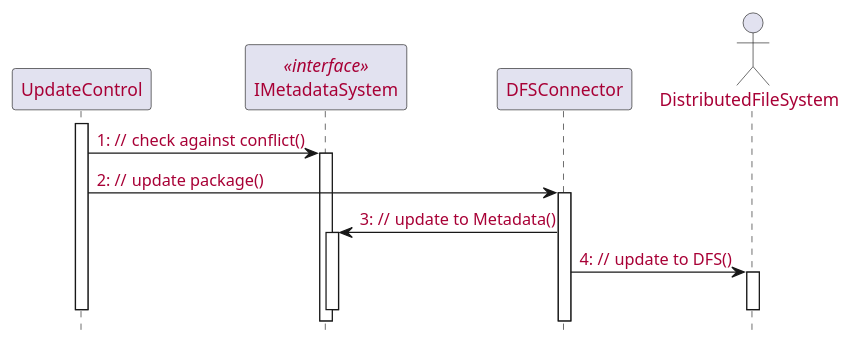
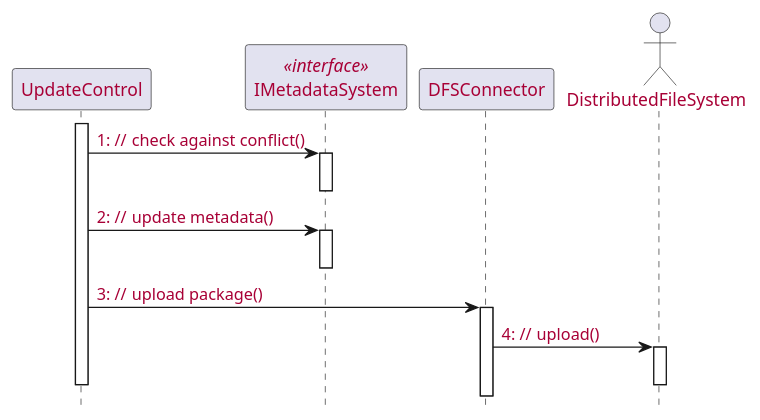
One commit to McSinyx/ipppi changed diagram 15 of 16 in source/solution/use-case-design.rst. Above: the diagram before and after it, drawn with PlantUML. The commit also changed other lines of this file, not shown here.

```diff
--- a/source/solution/use-case-design.rst
+++ b/source/solution/use-case-design.rst
@@ -504,20 +504,22 @@
 .. uml::
 
    skinparam defaultFontColor #a80036
    autonumber "#: //"
    autoactivate on
    hide footbox
 
    participant UpdateControl
    participant IMetadataSystem <<interface>>
    participant DFSConnector
    actor DistributedFileSystem
 
    activate UpdateControl
    UpdateControl -> IMetadataSystem : check against conflict()
-   UpdateControl -> DFSConnector : update package()
-   DFSConnector -> IMetadataSystem : update to Metadata()
-   DFSConnector -> DistributedFileSystem : update to DFS()
+   deactivate IMetadataSystem
+   UpdateControl -> IMetadataSystem : update metadata()
+   deactivate IMetadataSystem
+   UpdateControl -> DFSConnector : upload package()
+   DFSConnector -> DistributedFileSystem : upload()
    deactivate IMetadataSystem
    deactivate UpdateControl
    deactivate DistributedFileSystem
```
